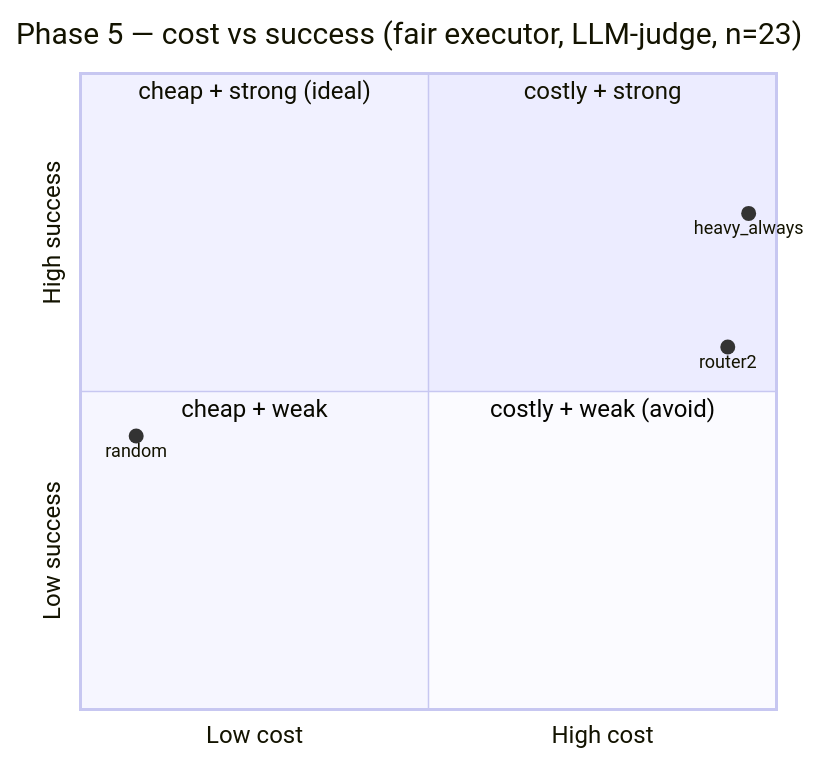
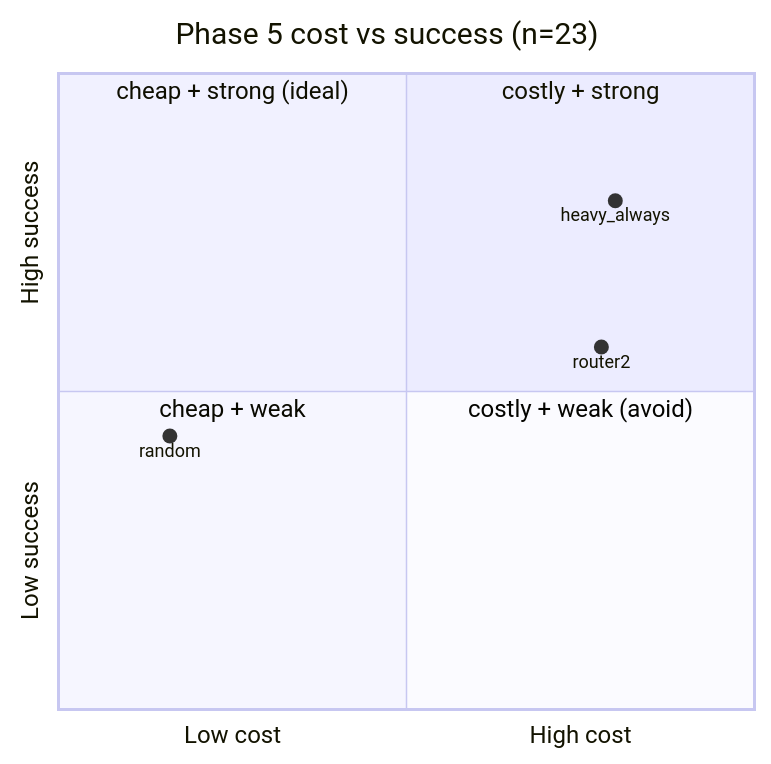
Before and after one commit to shaneliuyx/agent-development-curriculum: the eighth of 9 diagrams in Week 4.5 - Model Routing and Effort Tiering.md, drawn with Mermaid.

Commit message:
docs(w4.5): fix Pareto quadrantChart margins — labels were clipping canvas
Shorten title and pull points inward (heavy/router2/random) so node labels and
title render inside the chart; relative positions (router2 dominated, in costly+weak)
preserved.

````diff
--- a/Week 4.5 - Model Routing and Effort Tiering.md
+++ b/Week 4.5 - Model Routing and Effort Tiering.md
@@ -1391,13 +1391,13 @@
 ```mermaid
 quadrantChart
-    title Phase 5 — cost vs success (fair executor, LLM-judge, n=23)
+    title Phase 5 cost vs success (n=23)
     x-axis "Low cost" --> "High cost"
     y-axis "Low success" --> "High success"
     quadrant-1 "costly + strong"
     quadrant-2 "cheap + strong (ideal)"
     quadrant-3 "cheap + weak"
     quadrant-4 "costly + weak (avoid)"
-    "heavy_always": [0.96, 0.78]
-    "router2": [0.93, 0.57]
-    "random": [0.08, 0.43]
+    "heavy_always": [0.80, 0.80]
+    "router2": [0.78, 0.57]
+    "random": [0.16, 0.43]
 ```
````
